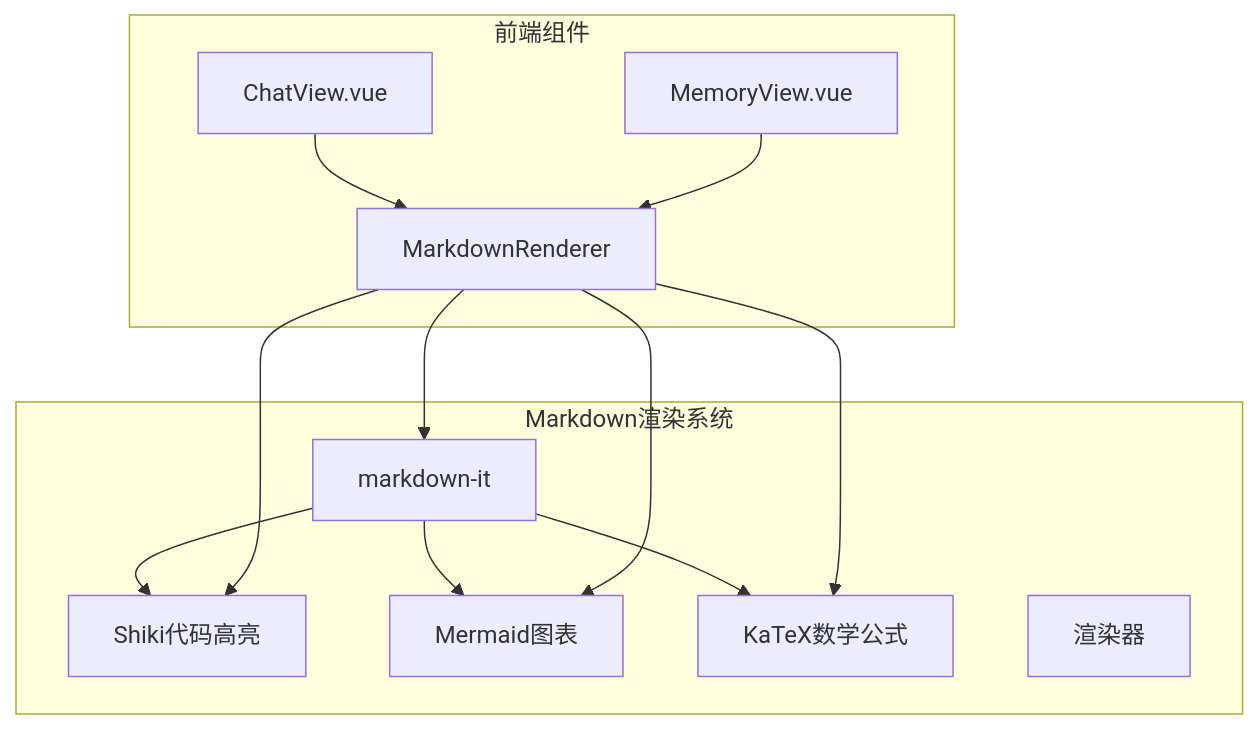
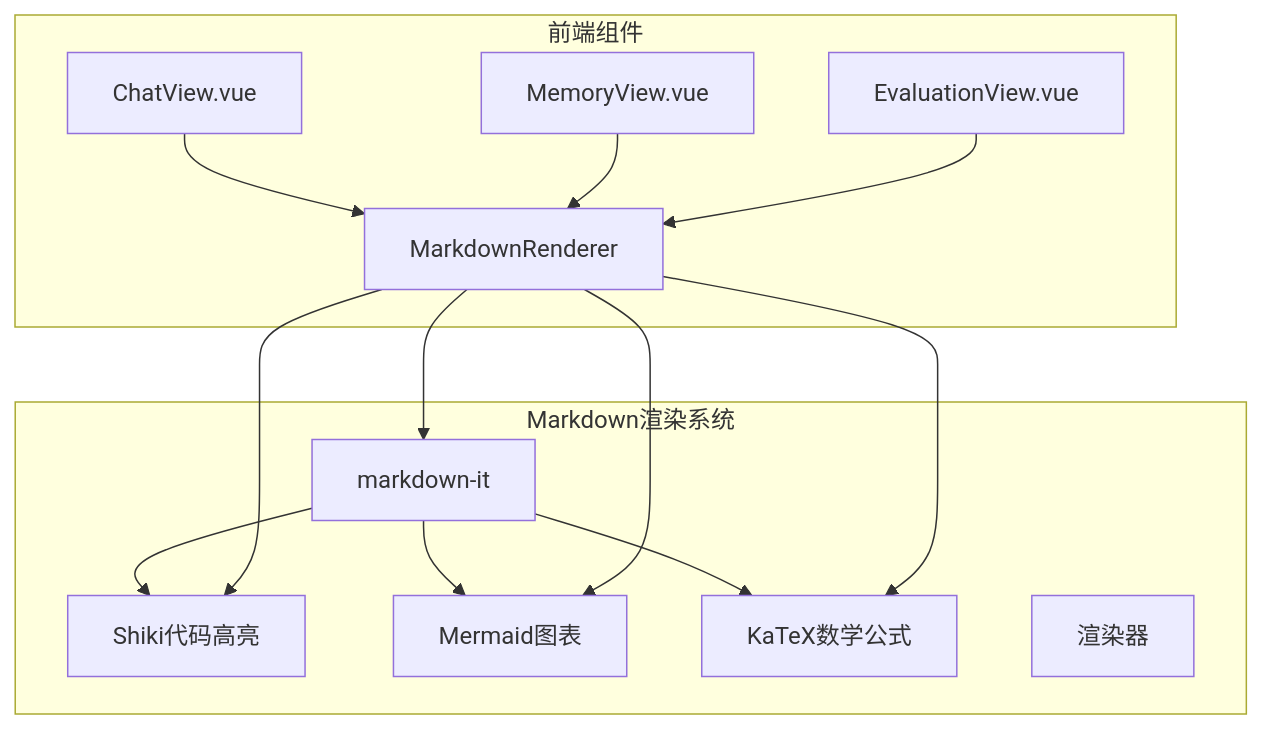
One commit to HanHuiOnLine/724-office changed diagram 28 of 32 in .qoder/repowiki/zh/content/核心模块详解/NL2SQL自然语言到SQL系统/NL2SQL自然语言到SQL系统.md. Above: the diagram before and after it, drawn with Mermaid. The commit also changed other lines of this file and 200 other files, not shown here.

````diff
--- a/.qoder/repowiki/zh/content/核心模块详解/NL2SQL自然语言到SQL系统/NL2SQL自然语言到SQL系统.md
+++ b/.qoder/repowiki/zh/content/核心模块详解/NL2SQL自然语言到SQL系统/NL2SQL自然语言到SQL系统.md
@@ -1077,24 +1331,26 @@
 ```mermaid
 graph TB
 subgraph "Markdown渲染系统"
 MD[markdown-it]
 SH[Shiki代码高亮]
 ME[Mermaid图表]
 KA[KaTeX数学公式]
 END[渲染器]
 end
 subgraph "前端组件"
 CV[ChatView.vue]
 MR[MarkdownRenderer]
 MV[MemoryView.vue]
+EV[EvaluationView.vue]
 end
 MD --> SH
 MD --> ME
 MD --> KA
 MR --> MD
 MR --> SH
 MR --> ME
 MR --> KA
 CV --> MR
 MV --> MR
+EV --> MR
 ```
````
